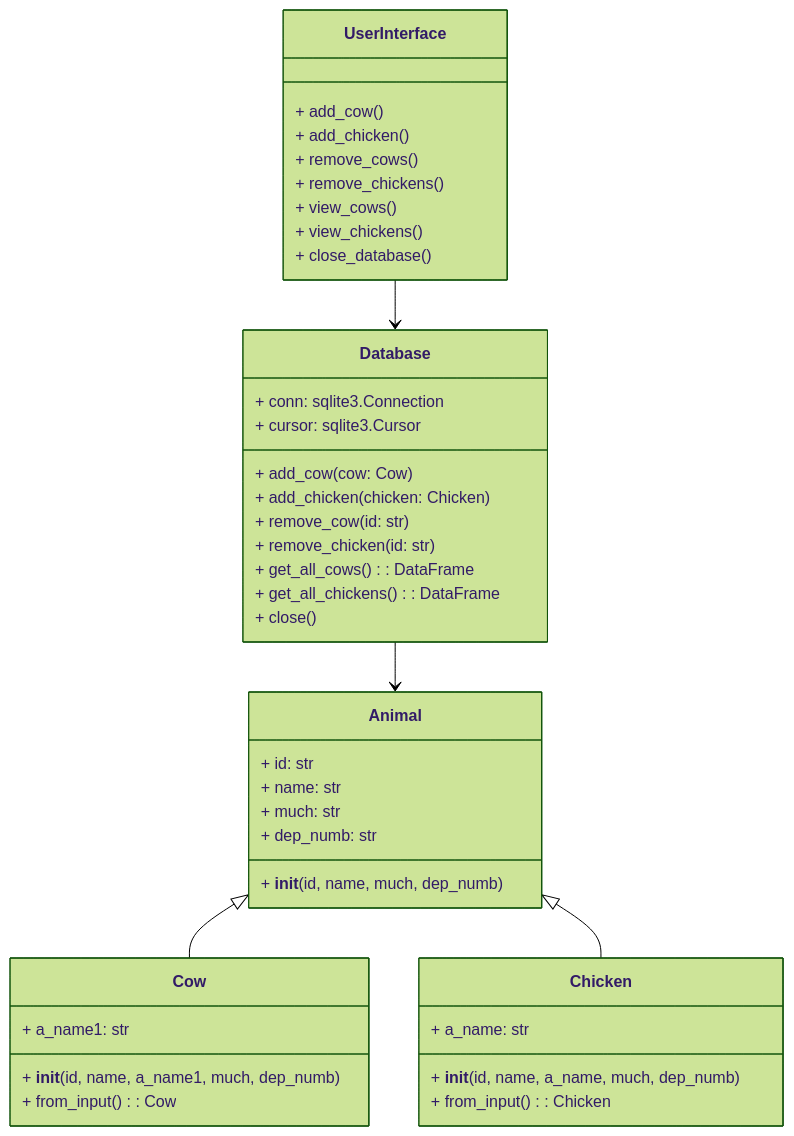
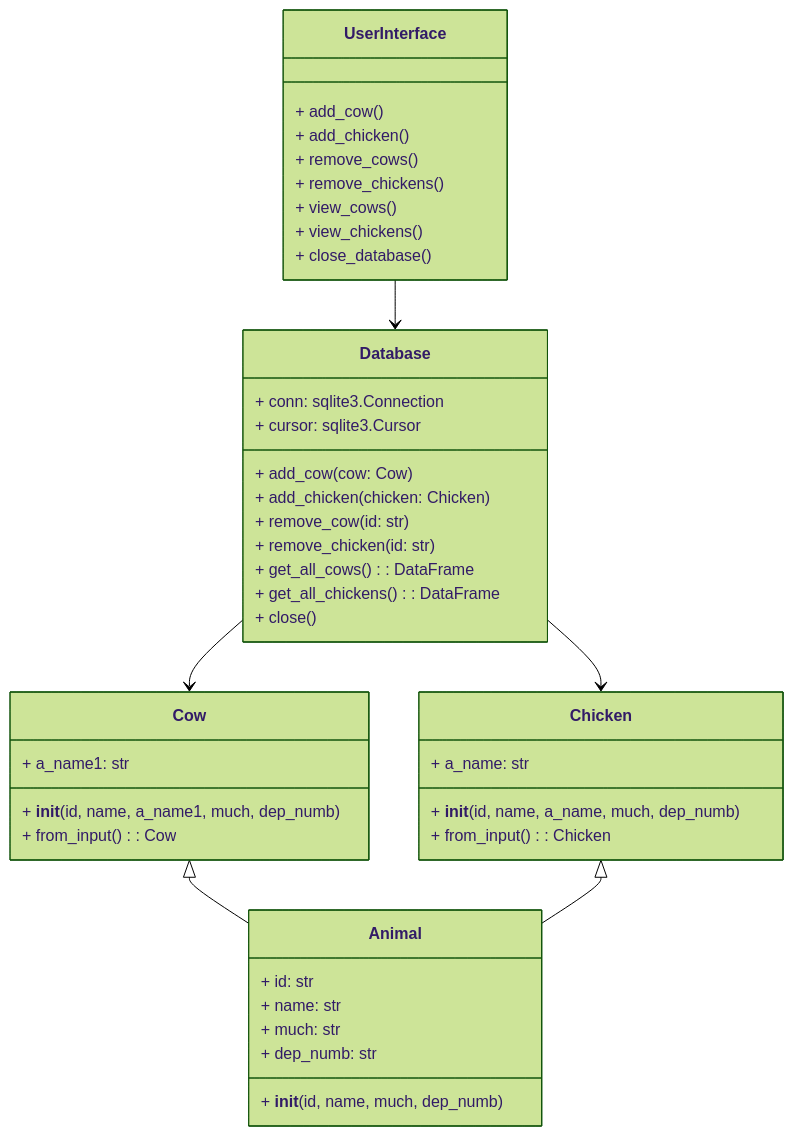
One commit to programer111/singular changed the diagram in README.md. Above: the diagram before and after it, drawn with Mermaid (forest theme).

````diff
--- a/README.md
+++ b/README.md
@@ -1,50 +1,51 @@
 ```mermaid
 classDiagram
     class Animal {
         + id: str
         + name: str
         + much: str
         + dep_numb: str
         + __init__(id, name, much, dep_numb)
     }
 
     class Cow {
         + a_name1: str
         + __init__(id, name, a_name1, much, dep_numb)
         + from_input() : Cow
     }
 
     class Chicken {
         + a_name: str
         + __init__(id, name, a_name, much, dep_numb)
         + from_input() : Chicken
     }
 
     class Database {
         + conn: sqlite3.Connection
         + cursor: sqlite3.Cursor
         + add_cow(cow: Cow)
         + add_chicken(chicken: Chicken)
         + remove_cow(id: str)
         + remove_chicken(id: str)
         + get_all_cows() : DataFrame
         + get_all_chickens() : DataFrame
         + close()
     }
 
     class UserInterface {
         + add_cow()
         + add_chicken()
         + remove_cows()
         + remove_chickens()
         + view_cows()
         + view_chickens()
         + close_database()
     }
 
 
-    Animal <|-- Cow
-    Animal <|-- Chicken
+    Database --> Cow
+    Database --> Chicken
+    Cow <|-- Animal
+    Chicken <|-- Animal
     UserInterface --> Database
-    Database --> Animal
 ```
````
